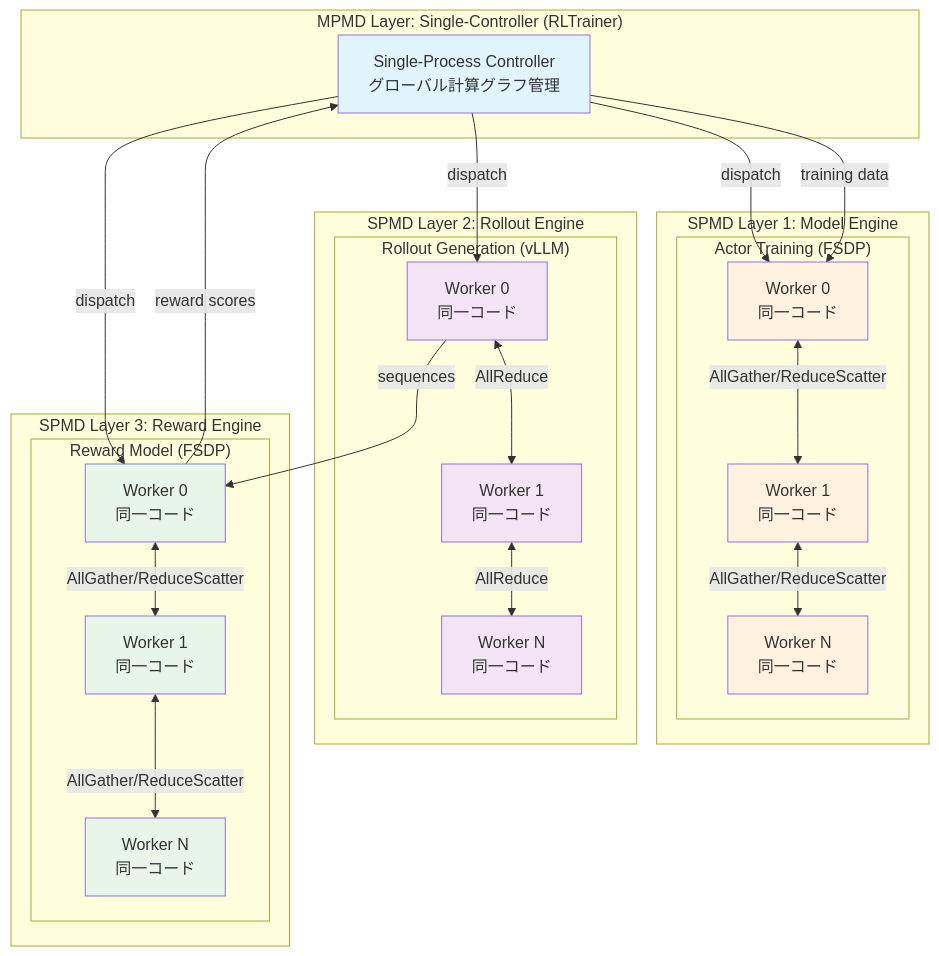
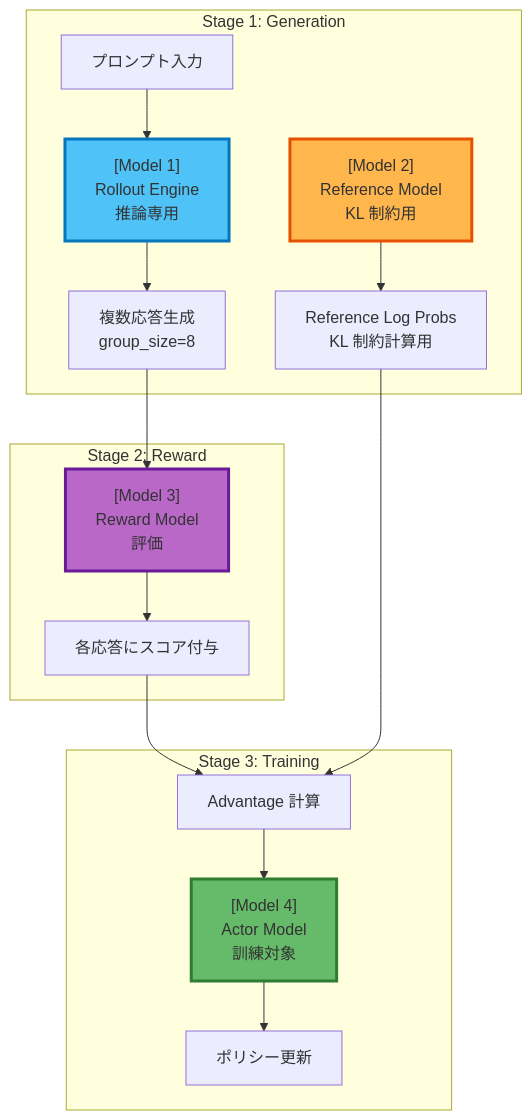
One commit to littlemex/zenn changed the second of 7 diagrams in articles/251ab3faae2f47.md. Above: the diagram before and after it, drawn with Mermaid. The commit also changed other lines of this file, not shown here.

````diff
--- a/articles/251ab3faae2f47.md
+++ b/articles/251ab3faae2f47.md
@@ -153,54 +136,30 @@
 ```mermaid
 graph TB
-    subgraph "MPMD Layer: Single-Controller (RLTrainer)"
-        Controller[Single-Process Controller<br/>グローバル計算グラフ管理]
+    subgraph "Stage 1: Generation"
+        Prompt[プロンプト入力]
+        Rollout["[Model 1]<br/>Rollout Engine<br/>推論専用"]
+        Ref["[Model 2]<br/>Reference Model<br/>KL 制約用"]
+        Prompt --> Rollout
+        Rollout --> Responses[複数応答生成<br/>group_size=8]
+        Ref --> LogProbs[Reference Log Probs<br/>KL 制約計算用]
     end
 
-    subgraph "SPMD Layer 1: Model Engine"
-        subgraph "Actor Training (FSDP)"
-            A1[Worker 0<br/>同一コード]
-            A2[Worker 1<br/>同一コード]
-            A3[Worker N<br/>同一コード]
-            A1 <-->|AllGather/ReduceScatter| A2
-            A2 <-->|AllGather/ReduceScatter| A3
-        end
+    subgraph "Stage 2: Reward"
+        RewardModel["[Model 3]<br/>Reward Model<br/>評価"]
+        Responses --> RewardModel
+        RewardModel --> Scores[各応答にスコア付与]
     end
 
-    subgraph "SPMD Layer 2: Rollout Engine"
-        subgraph "Rollout Generation (vLLM)"
-            R1[Worker 0<br/>同一コード]
-            R2[Worker 1<br/>同一コード]
-            R3[Worker N<br/>同一コード]
-            R1 <-->|AllReduce| R2
-            R2 <-->|AllReduce| R3
-        end
+    subgraph "Stage 3: Training"
+        Actor["[Model 4]<br/>Actor Model<br/>訓練対象"]
+        Scores --> Advantage[Advantage 計算]
+        LogProbs --> Advantage
+        Advantage --> Actor
+        Actor --> Updated[ポリシー更新]
     end
 
-    subgraph "SPMD Layer 3: Reward Engine"
-        subgraph "Reward Model (FSDP)"
-            W1[Worker 0<br/>同一コード]
-            W2[Worker 1<br/>同一コード]
-            W3[Worker N<br/>同一コード]
-            W1 <-->|AllGather/ReduceScatter| W2
-            W2 <-->|AllGather/ReduceScatter| W3
-        end
-    end
-
-    Controller -->|dispatch| A1
-    Controller -->|dispatch| R1
-    Controller -->|dispatch| W1
-    R1 -->|sequences| W1
-    W1 -->|reward scores| Controller
-    Controller -->|training data| A1
-
-    style Controller fill: #e1f5ff
-    style A1 fill: #fff3e0
-    style A2 fill: #fff3e0
-    style A3 fill: #fff3e0
-    style R1 fill: #f3e5f5
-    style R2 fill: #f3e5f5
-    style R3 fill: #f3e5f5
-    style W1 fill: #e8f5e9
-    style W2 fill: #e8f5e9
-    style W3 fill: #e8f5e9
+    style Rollout fill: #4fc3f7,stroke: #0277bd,stroke-width:3px
+    style Ref fill: #ffb74d,stroke: #e65100,stroke-width:3px
+    style RewardModel fill: #ba68c8,stroke: #6a1b9a,stroke-width:3px
+    style Actor fill: #66bb6a,stroke: #2e7d32,stroke-width:3px
 ```
````
